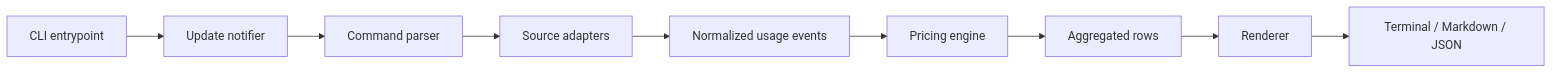
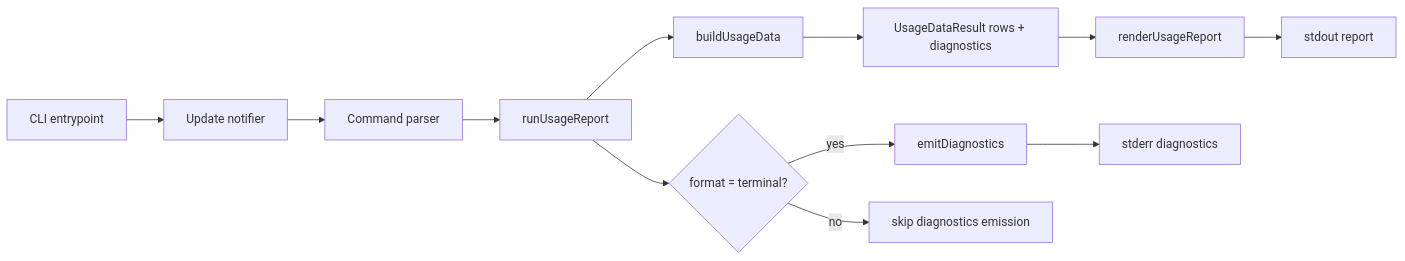
One commit to ben-vargas/ai-llm-usage-metrics changed the first of 3 diagrams in docs/architecture.md. Above: the diagram before and after it, drawn with Mermaid. The commit also changed other lines of this file and 6 other files, not shown here.

Commit message:
docs(reporting): refresh user docs and diagrams

````diff
--- a/docs/architecture.md
+++ b/docs/architecture.md
@@ -16,11 +21,14 @@
 ```mermaid
 flowchart LR
     A[CLI entrypoint] --> B[Update notifier]
     B --> C[Command parser]
-    C --> D[Source adapters]
-    D --> E[Normalized usage events]
-    E --> F[Pricing engine]
-    F --> G[Aggregated rows]
-    G --> H[Renderer]
-    H --> I[Terminal / Markdown / JSON]
+    C --> D[runUsageReport]
+    D --> E[buildUsageData]
+    E --> F[UsageDataResult rows + diagnostics]
+    F --> G[renderUsageReport]
+    G --> H[stdout report]
+    D --> I{format = terminal?}
+    I -- yes --> J[emitDiagnostics]
+    J --> K[stderr diagnostics]
+    I -- no --> L[skip diagnostics emission]
 ```
````
